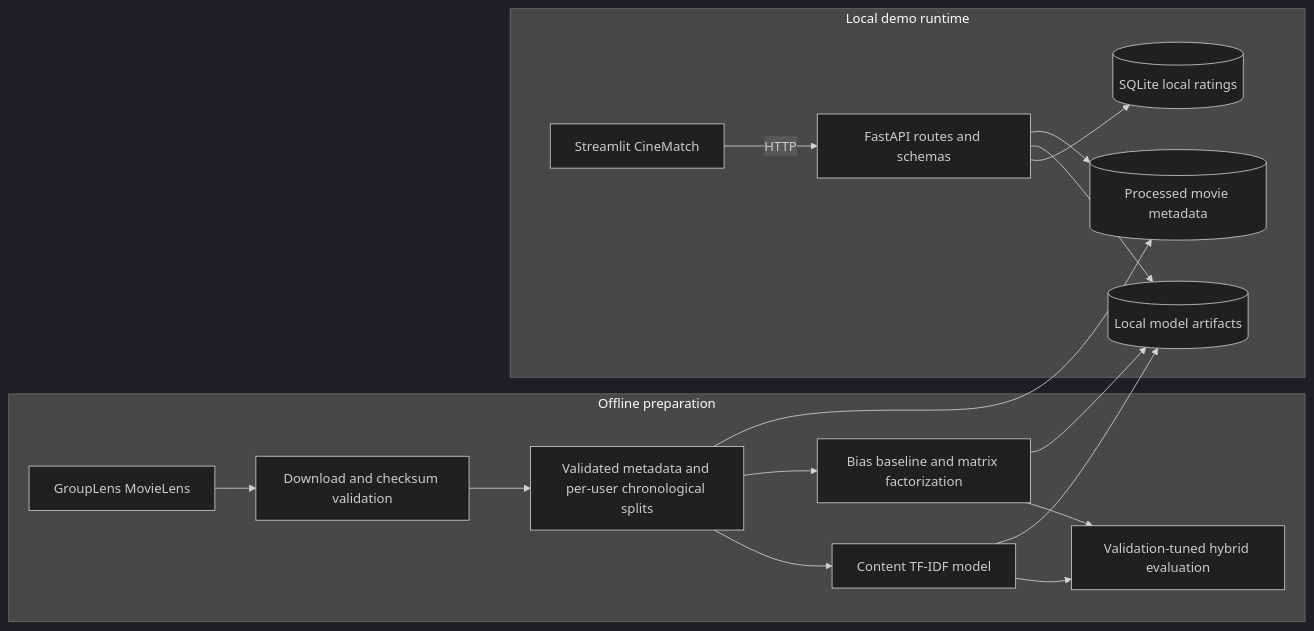
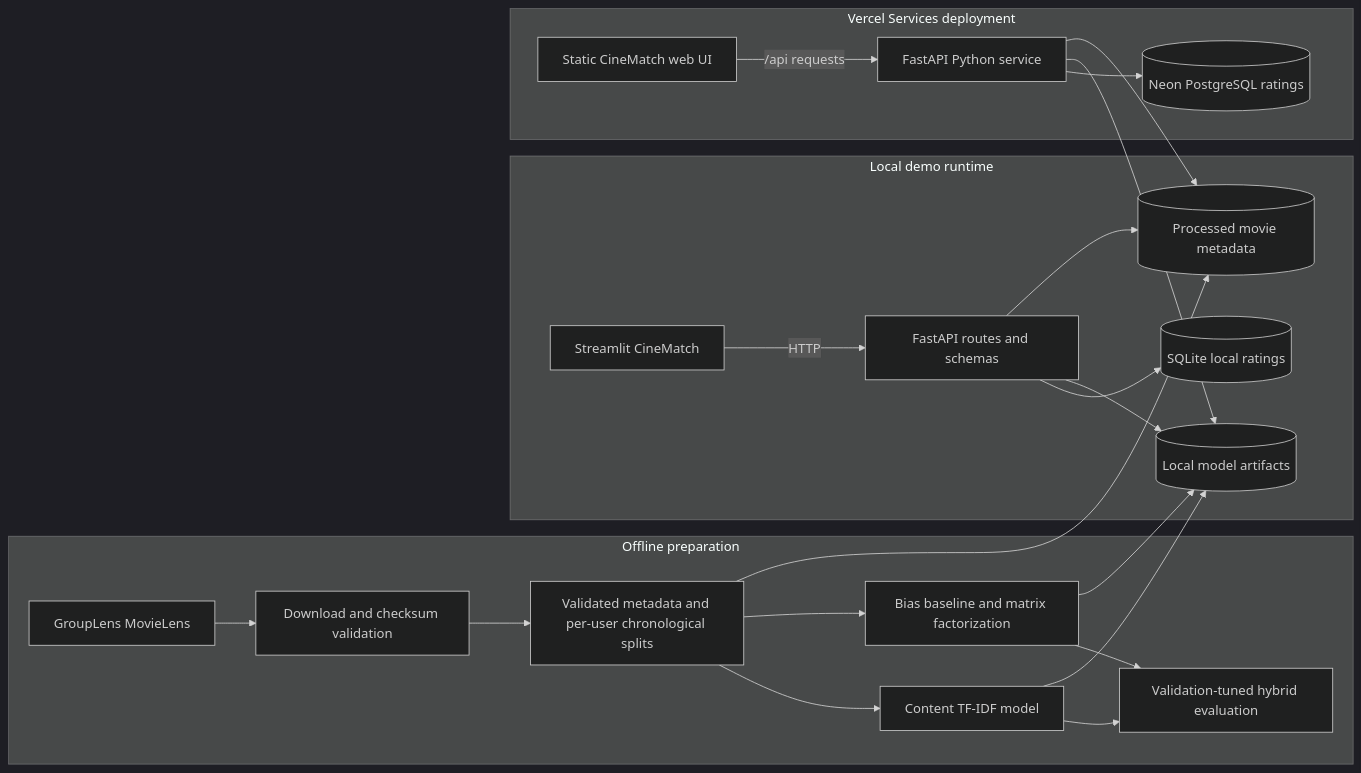
The diagram in docs/ARCHITECTURE.md (Priyanshuraj0909/Movie-content-recommendation-system), drawn with Mermaid (dark theme) before and after one commit. The commit also changed other lines of this file and 21 other files, not shown here.

Commit message:
Add Vercel full-stack deployment

````diff
--- a/docs/ARCHITECTURE.md
+++ b/docs/ARCHITECTURE.md
@@ -3,30 +3,39 @@
 ```mermaid
 flowchart LR
   subgraph Prepare[Offline preparation]
     ML[GroupLens MovieLens]
     DL[Download and checksum validation]
     SPLIT[Validated metadata and per-user chronological splits]
     TFIDF[Content TF-IDF model]
     MF[Bias baseline and matrix factorization]
     BLEND[Validation-tuned hybrid evaluation]
     ML --> DL --> SPLIT
     SPLIT --> TFIDF
     SPLIT --> MF
     TFIDF --> BLEND
     MF --> BLEND
   end
   subgraph Demo[Local demo runtime]
     UI[Streamlit CineMatch]
     API[FastAPI routes and schemas]
     RATINGS[(SQLite local ratings)]
     MODELS[(Local model artifacts)]
     MOVIES[(Processed movie metadata)]
     UI -->|HTTP| API
     API --> RATINGS
     API --> MODELS
     API --> MOVIES
   end
   SPLIT --> MOVIES
   TFIDF --> MODELS
   MF --> MODELS
+  subgraph Hosted[Vercel Services deployment]
+    WEB[Static CineMatch web UI]
+    VAPI[FastAPI Python service]
+    DB[(Neon PostgreSQL ratings)]
+    WEB -->|/api requests| VAPI
+    VAPI --> DB
+    VAPI --> MODELS
+    VAPI --> MOVIES
+  end
 ```
````
